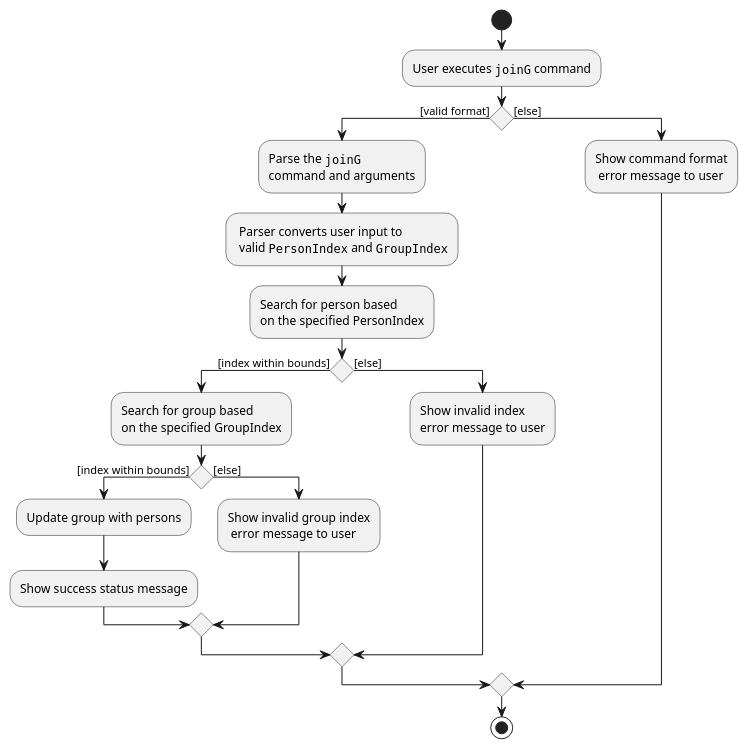
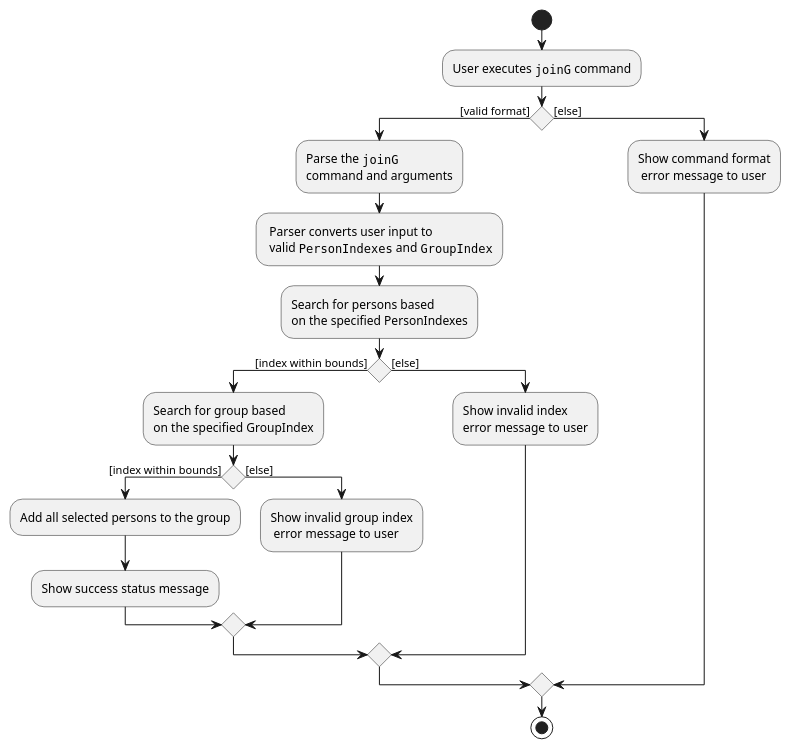
Before and after one commit to thanwinnikki/tp: the diagram in docs/diagrams/JoinGroupActivityDiagram.puml, drawn with PlantUML. The commit also changed 4 other files, not shown here.

```diff
--- a/docs/diagrams/JoinGroupActivityDiagram.puml
+++ b/docs/diagrams/JoinGroupActivityDiagram.puml
@@ -1,52 +1,52 @@
 @startuml
 'https://plantuml.com/activity-diagram-beta
 
 start
 
 :User executes ""joinG"" command;
 
 if () then ([valid format])
     :Parse the ""joinG""
     command and arguments;
 
     : Parser converts user input to
-     valid ""PersonIndex"" and ""GroupIndex"";
+     valid ""PersonIndexes"" and ""GroupIndex"";
 
-    :Search for person based
-    on the specified PersonIndex;
+    :Search for persons based
+    on the specified PersonIndexes;
 
     if () then ([index within bounds])
 
     :Search for group based
     on the specified GroupIndex;
 
     if () then ([index within bounds])
 
-    :Update group with persons;
+    :Add all selected persons to the group;
 
     :Show success status message;
 
     else ([else])
 
     :Show invalid group index
      error message to user;
 
     endif
 
     else ([else])
 
     :Show invalid index
     error message to user;
 
 endif
 else ([else])
 
     :Show command format
      error message to user;
 
 endif
 
 
 stop
 
 @enduml
```
